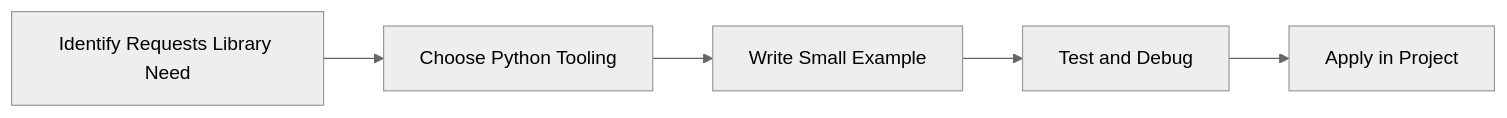
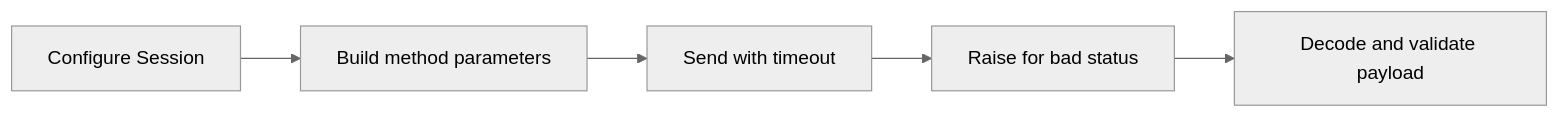
One commit to SYMOIZ/E-Learning-Portal changed the diagram in Python-Mastery/Intermediate/25-requests-library.md. Above: the diagram before and after it, drawn with Mermaid (neutral theme). The commit also changed other lines of this file and 116 other files, not shown here.

````diff
--- a/Python-Mastery/Intermediate/25-requests-library.md
+++ b/Python-Mastery/Intermediate/25-requests-library.md
@@ -133,7 +169,7 @@
 ```mermaid
 flowchart LR
-    A[Identify Requests Library Need] --> B[Choose Python Tooling]
-    B --> C[Write Small Example]
-    C --> D[Test and Debug]
-    D --> E[Apply in Project]
+    A[Configure Session] --> B[Build method parameters]
+    B --> C[Send with timeout]
+    C --> D[Raise for bad status]
+    D --> E[Decode and validate payload]
 ```
````
